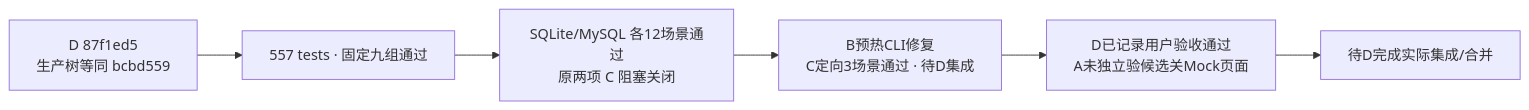
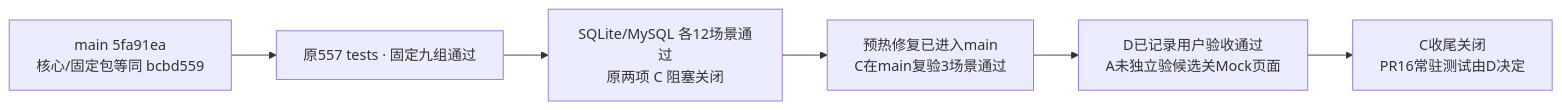
One commit to pop17589822299-coder/ai-quant-platform changed the diagram in docs/C_PROGRESS.md. Above: the diagram before and after it, drawn with Mermaid. The commit also changed other lines of this file and 3 other files, not shown here.

````diff
--- a/docs/C_PROGRESS.md
+++ b/docs/C_PROGRESS.md
@@ -7,8 +7,8 @@
 ```mermaid
 flowchart LR
-    D["D 87f1ed5<br/>生产树等同 bcbd559"] --> C["557 tests · 固定九组通过"]
+    D["main 5fa91ea<br/>核心/固定包等同 bcbd559"] --> C["原557 tests · 固定九组通过"]
     C --> R["SQLite/MySQL 各12场景通过<br/>原两项 C 阻塞关闭"]
-    R --> W["B预热CLI修复<br/>C定向3场景通过 · 待D集成"]
+    R --> W["预热修复已进入main<br/>C在main复验3场景通过"]
     W --> A["D已记录用户验收通过<br/>A未独立验候选关Mock页面"]
-    A --> U["待D完成实际集成/合并"]
+    A --> U["C收尾关闭<br/>PR16常驻测试由D决定"]
 ```
````
